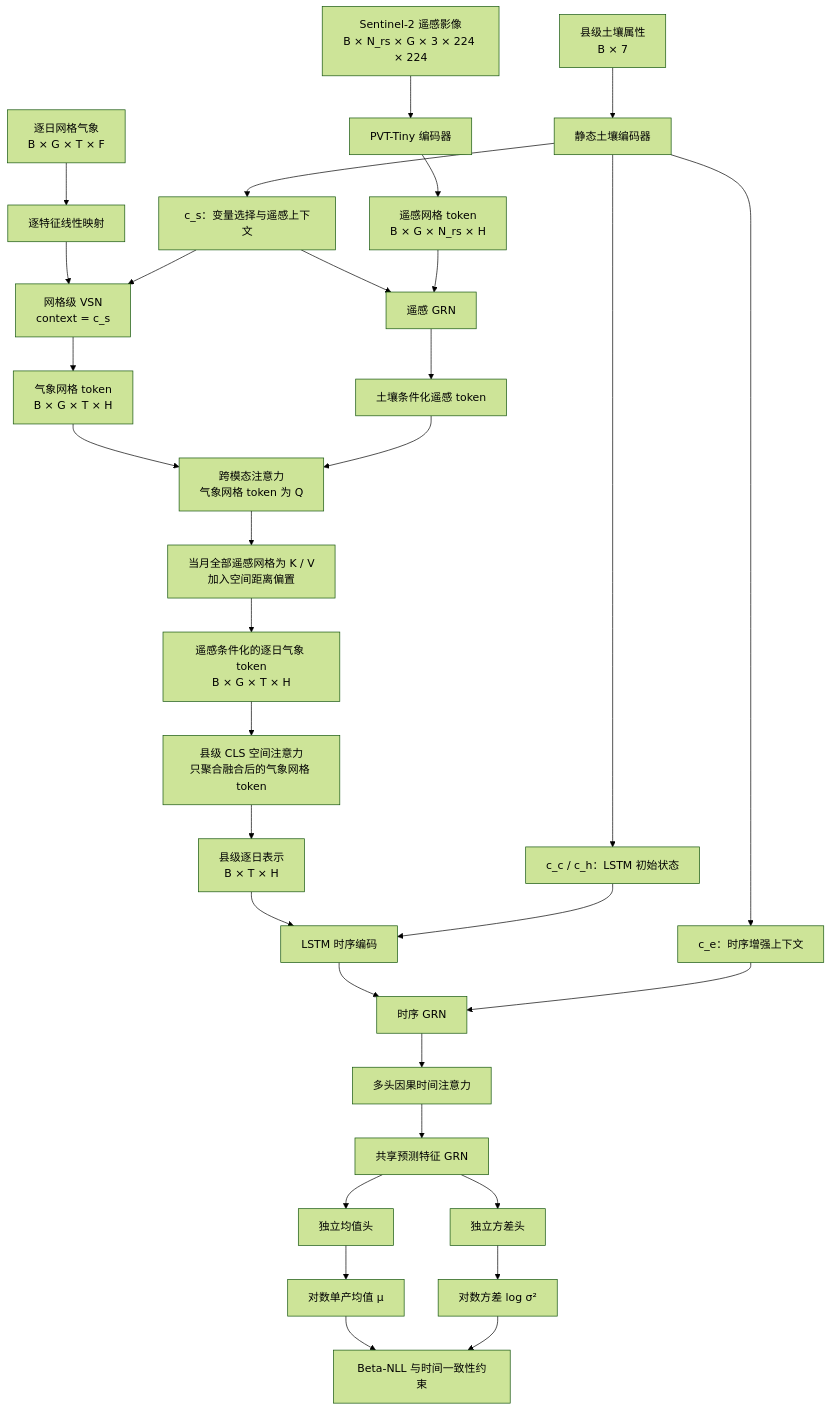
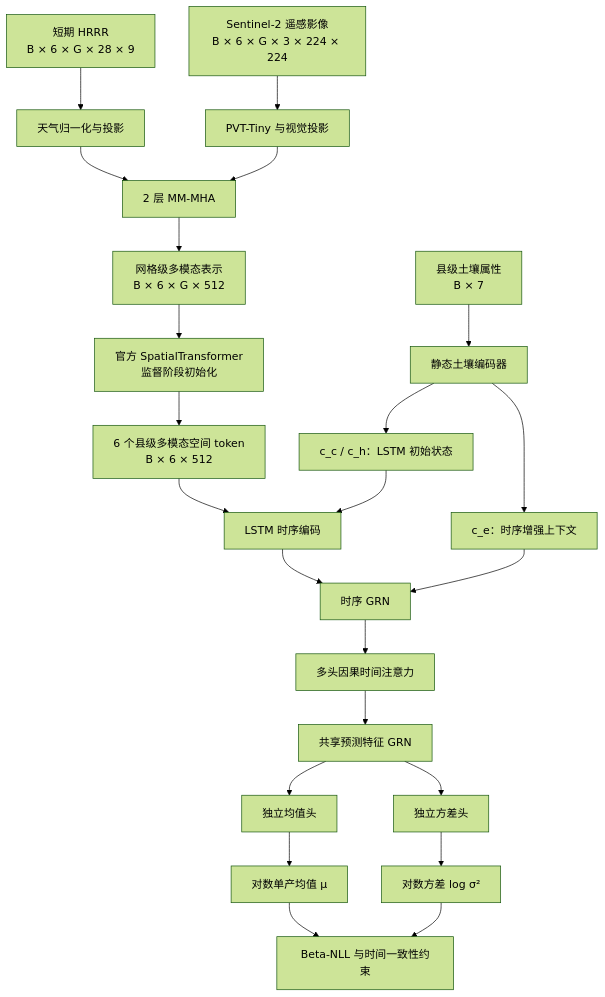
Before and after one commit to 15767946495/Product_model: the diagram in paper.md, drawn with Mermaid (forest theme). The commit also changed other lines of this file and 71 other files, not shown here.

````diff
--- a/paper.md
+++ b/paper.md
@@ -394,38 +322,27 @@
 ```mermaid
 flowchart TD
-    W0[逐日网格气象<br/>B × G × T × F] --> W1[逐特征线性映射]
-    W1 --> W2[网格级 VSN<br/>context = c_s]
-    W2 --> W3[气象网格 token<br/>B × G × T × H]
-
-    R0[Sentinel-2 遥感影像<br/>B × N_rs × G × 3 × 224 × 224] --> R1[PVT-Tiny 编码器]
-    R1 --> R2[遥感网格 token<br/>B × G × N_rs × H]
+    W0[短期 HRRR<br/>B × 6 × G × 28 × 9] --> W1[天气归一化与投影]
+    R0[Sentinel-2 遥感影像<br/>B × 6 × G × 3 × 224 × 224] --> R1[PVT-Tiny 与视觉投影]
+    W1 --> MM[2 层 MM-MHA]
+    R1 --> MM
+    MM --> R2[网格级多模态表示<br/>B × 6 × G × 512]
 
     S0[县级土壤属性<br/>B × 7] --> S1[静态土壤编码器]
-    S1 --> CS[c_s：变量选择与遥感上下文]
     S1 --> CE[c_e：时序增强上下文]
     S1 --> CC[c_c / c_h：LSTM 初始状态]
-    CS --> W2
-    CS --> R3[遥感 GRN]
-    R2 --> R3
-    R3 --> R4[土壤条件化遥感 token]
-
-    W3 --> CA[跨模态注意力<br/>气象网格 token 为 Q]
-    R4 --> CA
-    CA --> C1[当月全部遥感网格为 K / V<br/>加入空间距离偏置]
-    C1 --> C2[遥感条件化的逐日气象 token<br/>B × G × T × H]
-    C2 --> SA[县级 CLS 空间注意力<br/>只聚合融合后的气象网格 token]
-    SA --> Z[县级逐日表示<br/>B × T × H]
+    R2 --> SA[官方 SpatialTransformer<br/>监督阶段初始化]
+    SA --> Z[6 个县级多模态空间 token<br/>B × 6 × 512]
 
     Z --> LSTM[LSTM 时序编码]
     CC --> LSTM
     LSTM --> TG[时序 GRN]
     CE --> TG
     TG --> TA[多头因果时间注意力]
     TA --> PF[共享预测特征 GRN]
     PF --> MH[独立均值头]
     PF --> VH[独立方差头]
     MH --> MU[对数单产均值 μ]
     VH --> LV[对数方差 log σ²]
     MU --> NLL[Beta-NLL 与时间一致性约束]
     LV --> NLL
 ```
````
